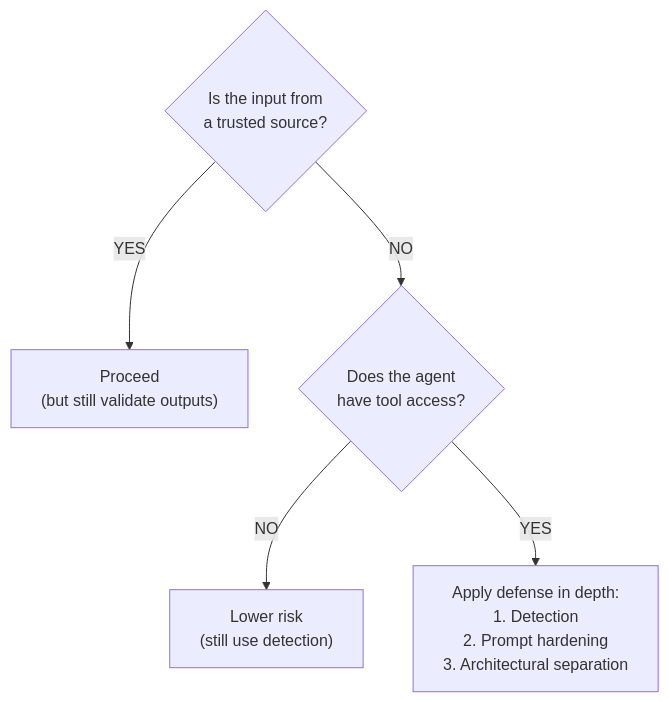
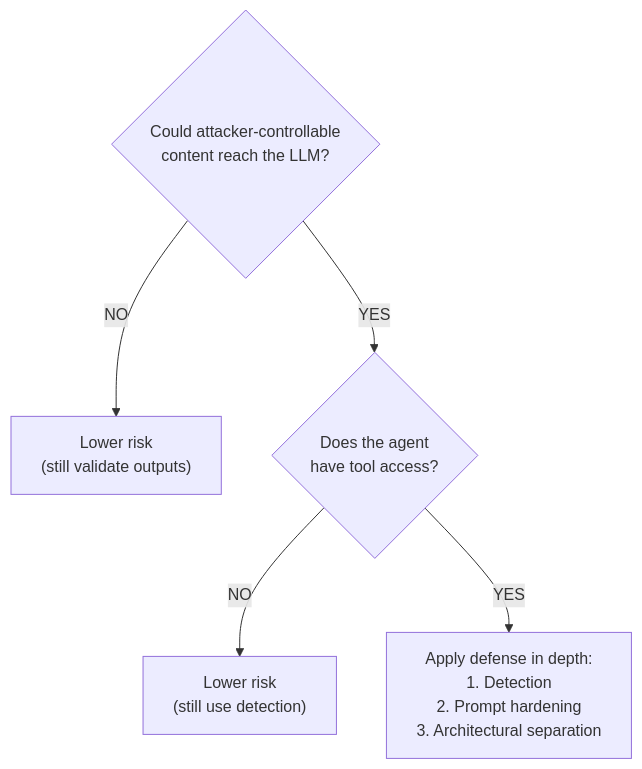
One commit to luisalima/agentic-security changed the first of 2 diagrams in docs/reference/cheatsheet.md. Above: the diagram before and after it, drawn with Mermaid. The commit also changed other lines of this file and 2 other files, not shown here.

````diff
--- a/docs/reference/cheatsheet.md
+++ b/docs/reference/cheatsheet.md
@@ -21,7 +21,7 @@
 ```mermaid
 flowchart TD
-    A{"Is the input from\na trusted source?"} -- YES --> B["Proceed\n(but still validate outputs)"]
-    A -- NO --> C{"Does the agent\nhave tool access?"}
+    A{"Could attacker-controllable\ncontent reach the LLM?"} -- NO --> B["Lower risk\n(still validate outputs)"]
+    A -- YES --> C{"Does the agent\nhave tool access?"}
     C -- NO --> D["Lower risk\n(still use detection)"]
     C -- YES --> E["Apply defense in depth:\n1. Detection\n2. Prompt hardening\n3. Architectural separation"]
 ```
````
